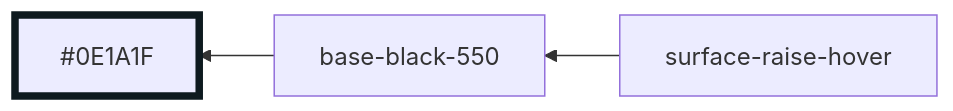
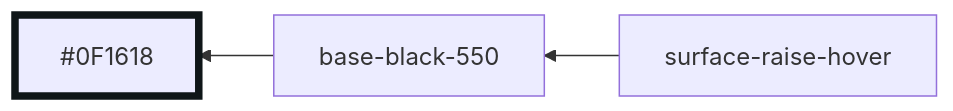
One commit to oxidecomputer/console changed diagram 28 of 30 in libs/ui/styles/themes/main.md. Above: the diagram before and after it, drawn with Mermaid. The commit also changed other lines of this file and 2 other files, not shown here.

````diff
--- a/libs/ui/styles/themes/main.md
+++ b/libs/ui/styles/themes/main.md
@@ -354,7 +354,7 @@
 ```mermaid
 graph RL
-  base-black-550 --> #0E1A1F:::base-black-550
+  base-black-550 --> #0F1618:::base-black-550
   surface-raise-hover --> base-black-550
 
-  classDef base-black-550 stroke-width:5,stroke:#0E1A1F
+  classDef base-black-550 stroke-width:5,stroke:#0F1618
 ```
````
